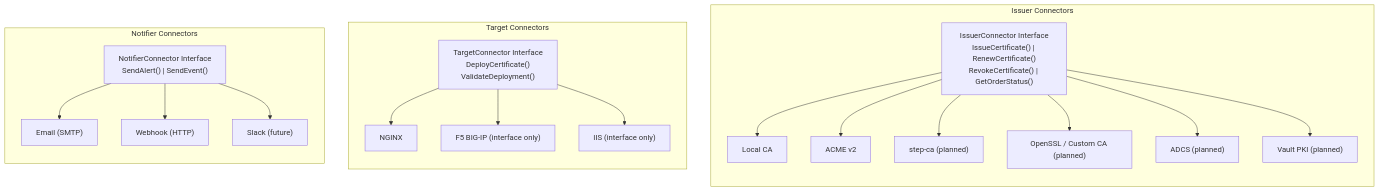
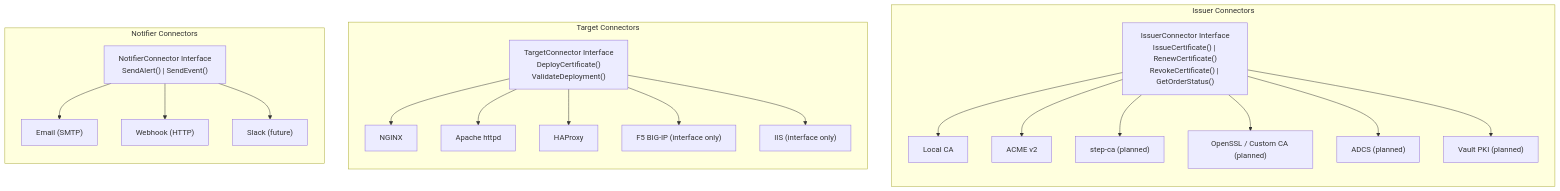
The seventh of 11 diagrams in docs/architecture.md (certctl-io/certctl), drawn with Mermaid before and after one commit. The commit also changed other lines of this file and 4 other files, not shown here.

First line of the commit message:
docs: add 47-day cert lifespan motivation, update roadmap, cross-validate all docs

````diff
--- a/docs/architecture.md
+++ b/docs/architecture.md
@@ -348,29 +356,31 @@
 ```mermaid
 flowchart TB
     subgraph "Issuer Connectors"
         direction TB
         II["IssuerConnector Interface\nIssueCertificate() | RenewCertificate()\nRevokeCertificate() | GetOrderStatus()"]
         II --> LC["Local CA"]
         II --> ACME["ACME v2"]
         II --> SC["step-ca (planned)"]
         II --> OC["OpenSSL / Custom CA (planned)"]
         II --> AD["ADCS (planned)"]
         II --> VP["Vault PKI (planned)"]
     end
 
     subgraph "Target Connectors"
         direction TB
         TI["TargetConnector Interface\nDeployCertificate()\nValidateDeployment()"]
         TI --> NG["NGINX"]
+        TI --> AP["Apache httpd"]
+        TI --> HP["HAProxy"]
         TI --> F5["F5 BIG-IP (interface only)"]
         TI --> IIS["IIS (interface only)"]
     end
 
     subgraph "Notifier Connectors"
         direction TB
         NI["NotifierConnector Interface\nSendAlert() | SendEvent()"]
         NI --> EM["Email (SMTP)"]
         NI --> WH["Webhook (HTTP)"]
         NI --> SL["Slack (future)"]
     end
 ```
````
